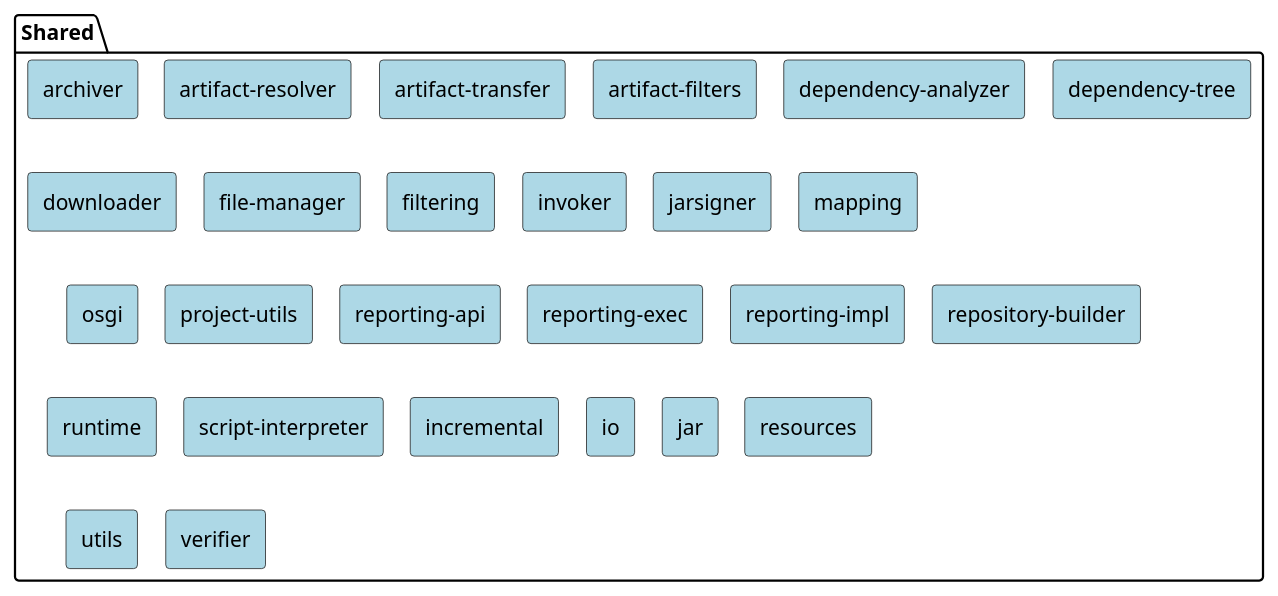
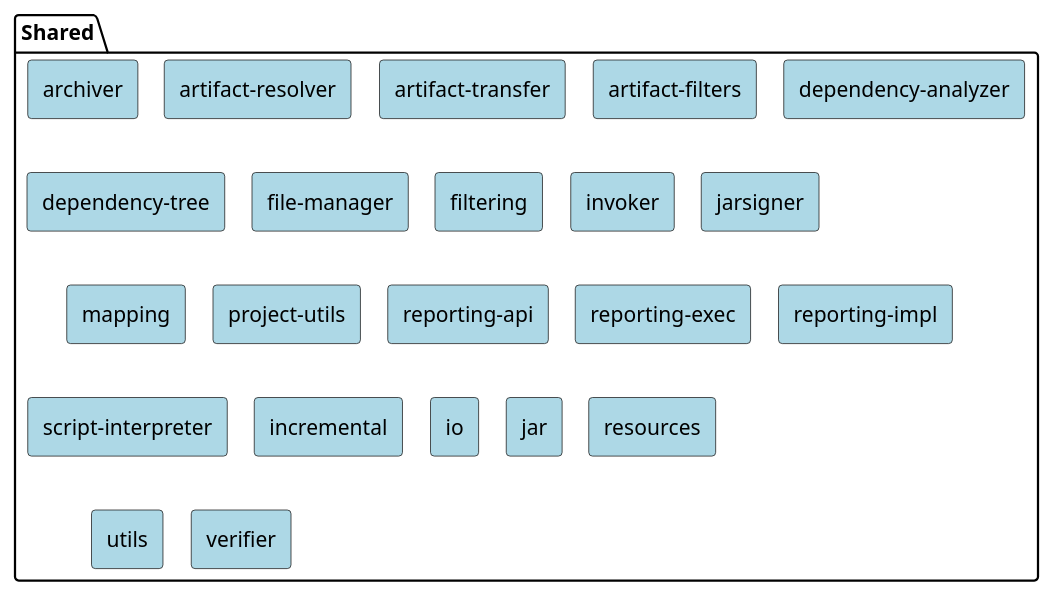
The diagram in src/plantuml/maven-sources/scm_shared.puml (Bukama/maven-site), drawn with PlantUML before and after one commit.

Commit message:
savecommit

```diff
--- a/src/plantuml/maven-sources/scm_shared.puml
+++ b/src/plantuml/maven-sources/scm_shared.puml
@@ -19,42 +19,61 @@
 @startuml
 !pragma layout smetana
 
 <style>
     rectangle {
         BackgroundColor LightBlue
     }
 }
 </style>
 
 package "Shared" {
   rectangle "archiver"
   rectangle "artifact-resolver"
   rectangle "artifact-transfer"
   rectangle "artifact-filters"
   rectangle "dependency-analyzer"
   rectangle "dependency-tree"
-  rectangle "downloader"
   rectangle "file-manager"
   rectangle "filtering"
   rectangle "invoker"
   rectangle "jarsigner"
   rectangle "mapping"
-  rectangle "osgi"
   rectangle "project-utils"
   rectangle "reporting-api"
   rectangle "reporting-exec"
   rectangle "reporting-impl"
-  rectangle "repository-builder"
-  rectangle "runtime"
   rectangle "script-interpreter"
   rectangle "incremental"
   rectangle "io"
   rectangle "jar"
   rectangle "resources"
   rectangle "utils"
   rectangle "verifier"
 }
 
+url of "archiver" is [[https://github.com/apache/maven-archiver]]
+url of "artifact-resolver" is [[https://github.com/apache/maven-resolver]]
+url of "artifact-transfer" is [[https://github.com/apache/maven-artifact-transfer]]
+url of "artifact-filters" is [[https://github.com/apache/maven-common-artifact-filters]]
+url of "dependency-analyzer" is [[https://github.com/apache/maven-dependency-analyzer]]
+url of "dependency-tree" is [[https://github.com/apache/maven-dependency-tree]]
+url of "file-manager" is [[https://github.com/apache/maven-file-management]]
+url of "filtering" is [[https://github.com/apache/maven-filtering]]
+url of "invoker" is [[https://github.com/apache/maven-invoker]]
+url of "jarsigner" is [[https://github.com/apache/maven-jarsigner-plugin]]
+url of "mapping" is [[https://github.com/apache/maven-mapping]]
+url of "project-utils" is [[https://github.com/apache/maven-project-utils]]
+url of "reporting-api" is [[https://github.com/apache/maven-reporting-api]]
+url of "reporting-exec" is [[https://github.com/apache/maven-reporting-exec]]
+url of "reporting-impl" is [[https://github.com/apache/maven-reporting-impl]]
+url of "script-interpreter" is [[https://github.com/apache/maven-script-interpreter]]
+url of "incremental" is [[https://github.com/apache/maven-shared-incremental]]
+url of "io" is [[https://github.com/apache/maven-shared-io]]
+url of "jar" is [[https://github.com/apache/maven-shared-jar]]
+url of "resources" is [[https://github.com/apache/maven-shared-resources]]
+url of "utils" is [[https://github.com/apache/maven-shared-utils]]
+url of "verifier" is [[https://github.com/apache/maven-verifier]]
 
-url of "project-utils" is [[https://github.com/apache/maven-project-utils]]
+
+
 @enduml
```
